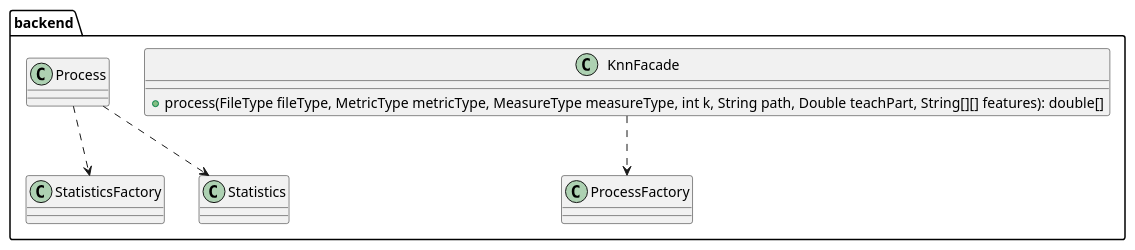
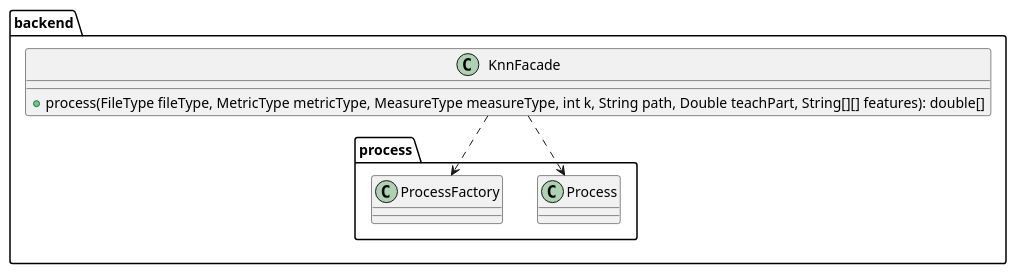
Before and after one commit to kambed/Computer-Recognition-Systems: the tenth of 10 diagrams in README.md, drawn with PlantUML. The commit also changed other lines of this file, not shown here.

````diff
--- a/README.md
+++ b/README.md
@@ -344,11 +402,14 @@
 ```plantuml
 top to bottom direction
 package backend {
     class KnnFacade {
         + process(FileType fileType, MetricType metricType, MeasureType measureType, int k, String path, Double teachPart, String[][] features): double[]
     }
+    package process {
+        class Process
+        class ProcessFactory
+    }
     KnnFacade ..> ProcessFactory
-    Process ..> StatisticsFactory
-    Process ..> Statistics
+    KnnFacade ..> Process
 }
 ```
````
